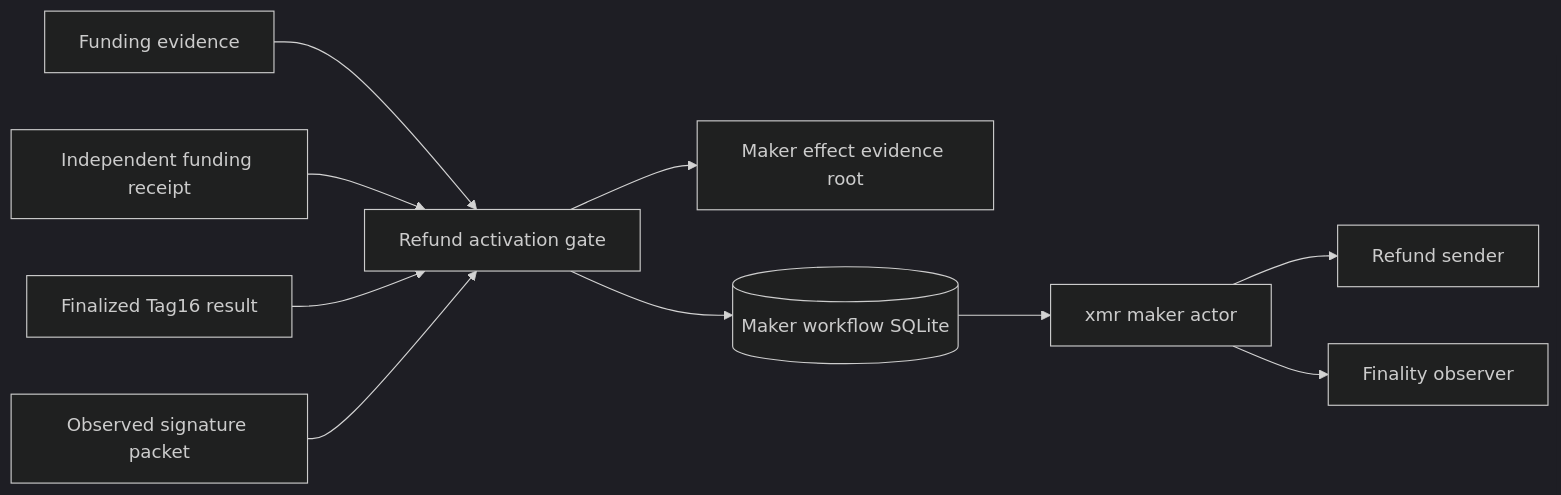
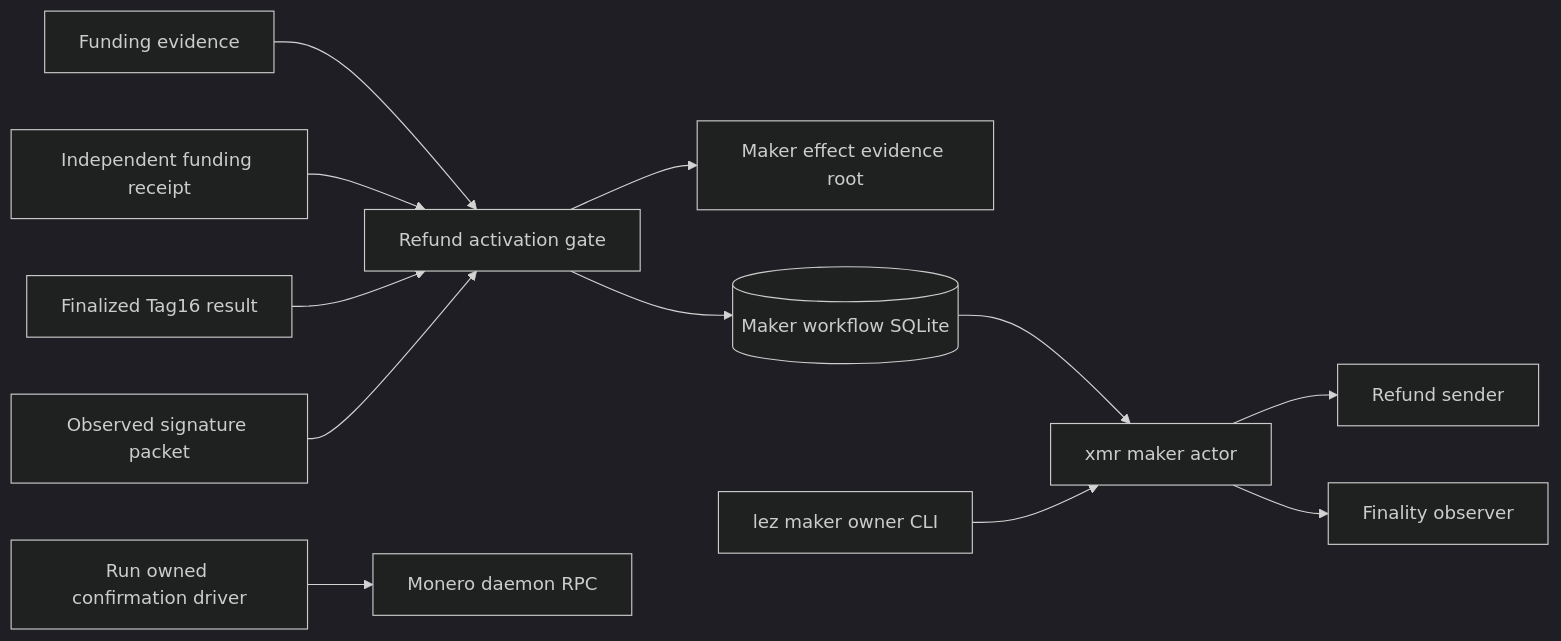
Diagram 31 of 31 in docs/architecture/deployment-components-and-rpcs.md (gateway-fm/lez-atomic-swaps), drawn with Mermaid (dark theme) before and after one commit. The commit also changed other lines of this file and 8 other files, not shown here.

````diff
--- a/docs/architecture/deployment-components-and-rpcs.md
+++ b/docs/architecture/deployment-components-and-rpcs.md
@@ -2210,12 +2210,14 @@
 ```mermaid
 flowchart LR
     FundingFile[Funding evidence] --> Gate[Refund activation gate]
     ReceiptFile[Independent funding receipt] --> Gate
     Tag16File[Finalized Tag16 result] --> Gate
     SignatureFile[Observed signature packet] --> Gate
     Gate --> EvidenceRoot[Maker effect evidence root]
     Gate --> Workflow[(Maker workflow SQLite)]
     Workflow --> Actor[xmr maker actor]
     Actor --> Sender[Refund sender]
     Actor --> Observer[Finality observer]
+    Owner[lez maker owner CLI] --> Actor
+    Driver[Run owned confirmation driver] --> DaemonRPC[Monero daemon RPC]
 ```
````
